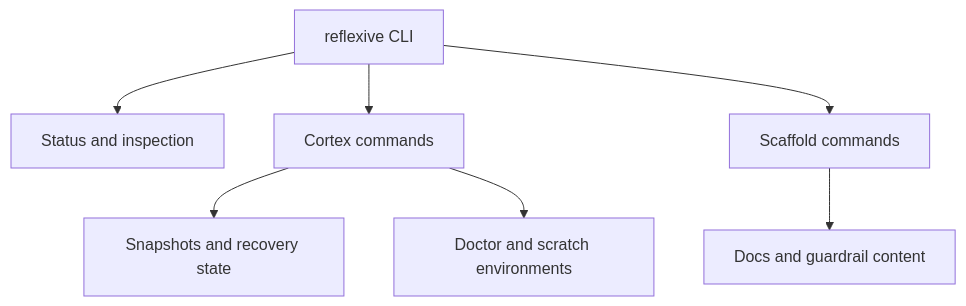
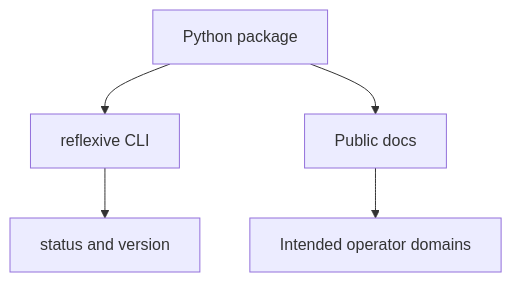
The diagram in docs/architecture.md (rohankhanna/reflexive), drawn with Mermaid before and after one commit. The commit also changed other lines of this file and 9 other files, not shown here.

Commit message:
feat: add minimal public CLI shell

````diff
--- a/docs/architecture.md
+++ b/docs/architecture.md
@@ -16,9 +15,7 @@
 ```mermaid
 flowchart TD
-    CLI[reflexive CLI] --> STATUS[Status and inspection]
-    CLI --> CORTEX[Cortex commands]
-    CLI --> SCAFFOLD[Scaffold commands]
-    CORTEX --> SNAPSHOTS[Snapshots and recovery state]
-    CORTEX --> ENV[Doctor and scratch environments]
-    SCAFFOLD --> DOCS[Docs and guardrail content]
+    PKG[Python package] --> CLI[reflexive CLI]
+    CLI --> STATUS[status and version]
+    PKG --> DOCS[Public docs]
+    DOCS --> DOMAINS[Intended operator domains]
 ```
````
